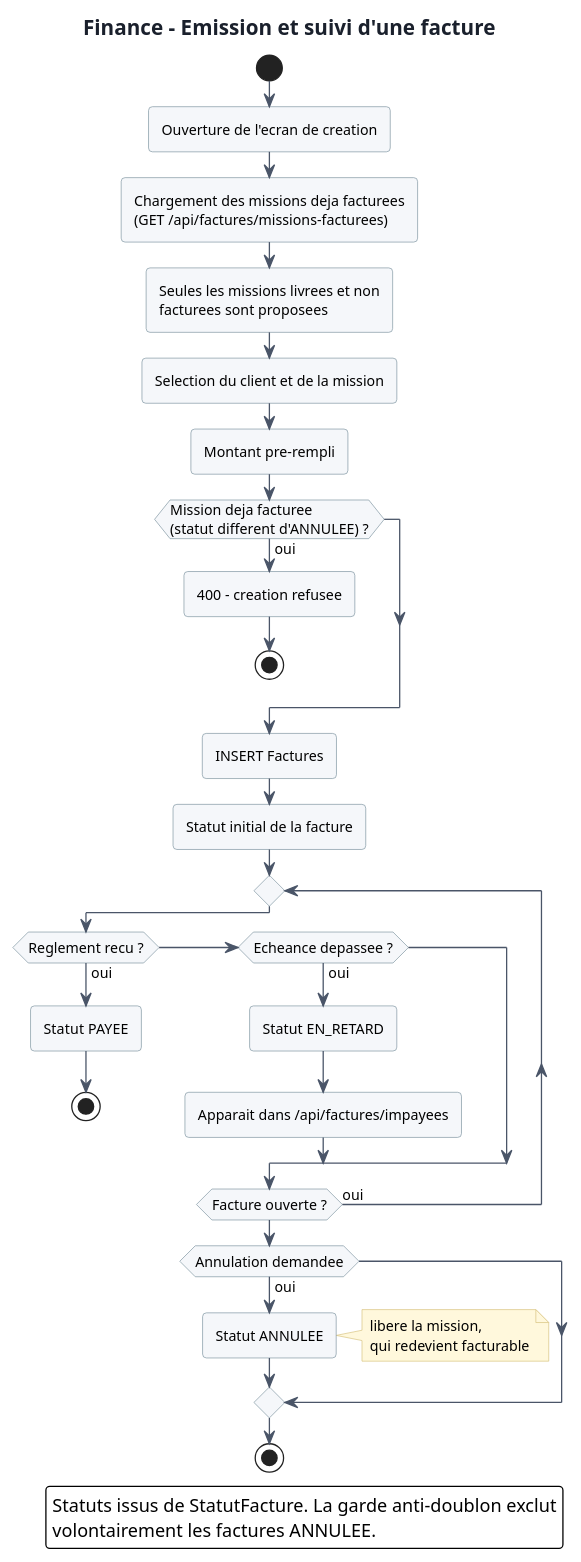
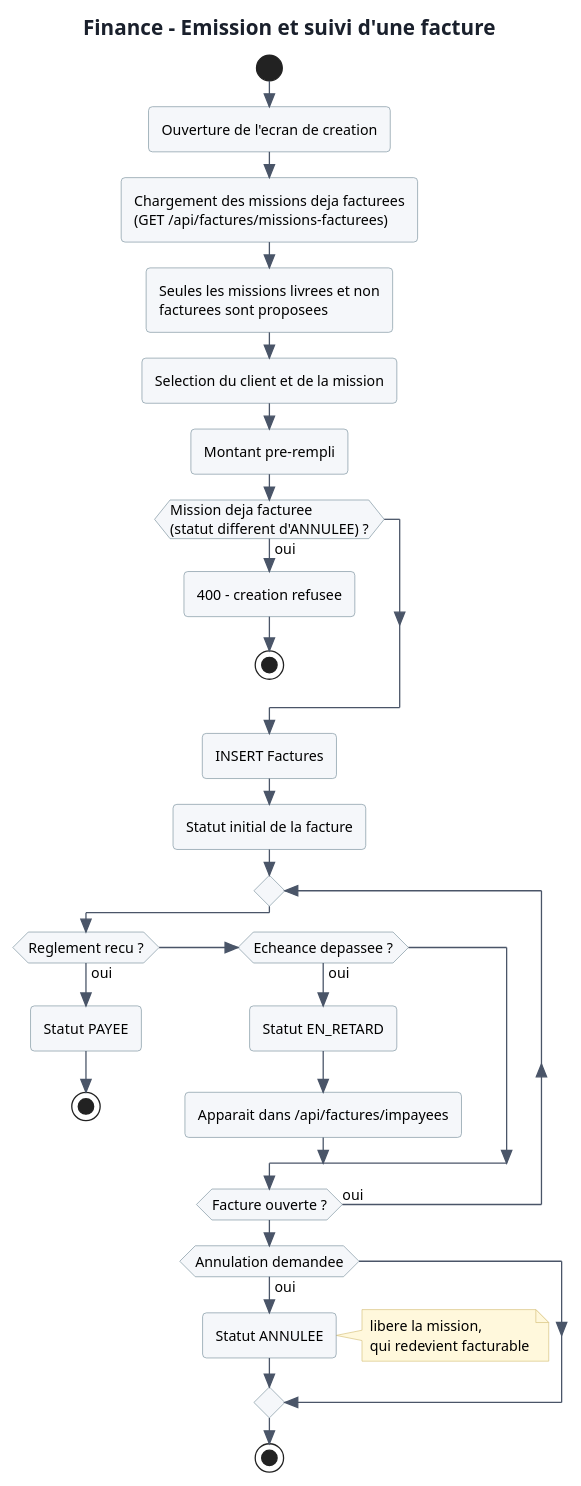
The diagram in docs/diagrams/microservices/Finance/Finance-activity.puml (saber-barhoumi/Xpark-gmao), drawn with PlantUML before and after one commit. The commit also changed 192 other files, not shown here.

First line of the commit message:
docs(uml): mise aux normes academiques des diagrammes des microservices

```diff
--- a/docs/diagrams/microservices/Finance/Finance-activity.puml
+++ b/docs/diagrams/microservices/Finance/Finance-activity.puml
@@ -1,52 +1,47 @@
 @startuml
+skinparam style strictuml
 skinparam backgroundColor #FFFFFF
 skinparam shadowing false
 skinparam defaultFontName Verdana
 skinparam defaultFontSize 11
 skinparam roundCorner 6
 skinparam ArrowColor #4A5568
 skinparam TitleFontSize 16
 skinparam TitleFontColor #1A202C
 skinparam NoteBackgroundColor #FFF8DC
 skinparam NoteBorderColor #D6BF7A
 skinparam componentStyle rectangle
 
 title Finance - Emission et suivi d'une facture
 
 skinparam ActivityBackgroundColor #F5F7FA
 skinparam ActivityBorderColor #78909C
 
 start
 :Ouverture de l'ecran de creation;
 :Chargement des missions deja facturees\n(GET /api/factures/missions-facturees);
 :Seules les missions livrees et non\nfacturees sont proposees;
 :Selection du client et de la mission;
 :Montant pre-rempli;
 if (Mission deja facturee\n(statut different d'ANNULEE) ?) then (oui)
   :400 - creation refusee;
   stop
 endif
 :INSERT Factures;
 :Statut initial de la facture;
 repeat
   if (Reglement recu ?) then (oui)
     :Statut PAYEE;
     stop
   elseif (Echeance depassee ?) then (oui)
     :Statut EN_RETARD;
     :Apparait dans /api/factures/impayees;
   endif
 repeat while (Facture ouverte ?) is (oui)
 if (Annulation demandee) then (oui)
   :Statut ANNULEE;
   note right: libere la mission,\nqui redevient facturable
 endif
 stop
 
-
-legend right
-Statuts issus de StatutFacture. La garde anti-doublon exclut
-volontairement les factures ANNULEE.
-endlegend
-
 @enduml
```
